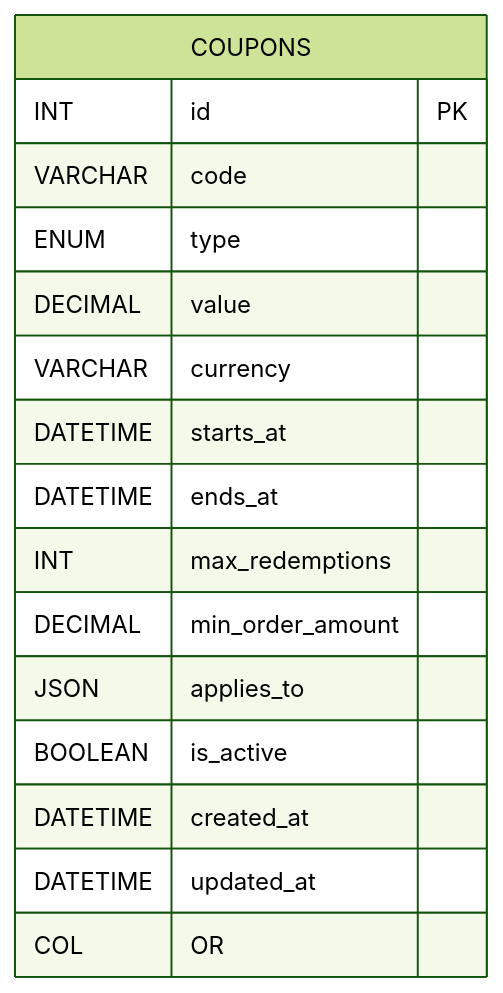
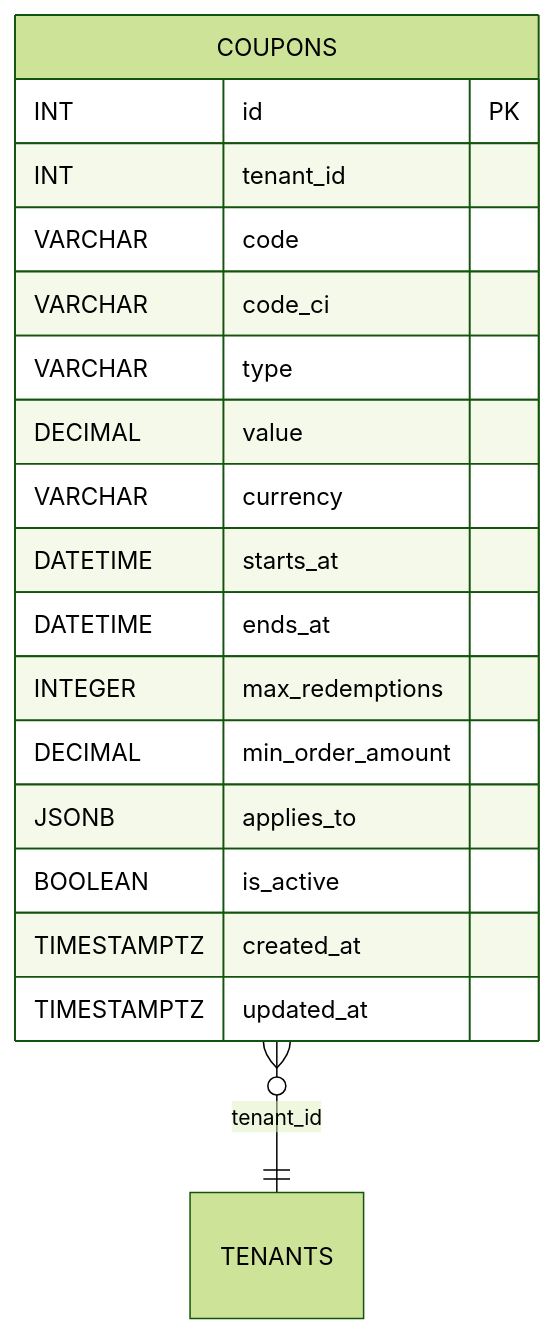
Before and after one commit to blackcatdatabase/table-coupons: the diagram in README.md, drawn with Mermaid (forest theme). The commit also changed other lines of this file and 26 other files, not shown here.

First line of the commit message:
Regen schema (#1)

````diff
--- a/README.md
+++ b/README.md
@@ -57,19 +64,21 @@
 ```mermaid
 erDiagram
   COUPONS {
     INT id PK
+    INT tenant_id
     VARCHAR code
-    ENUM type
+    VARCHAR code_ci
+    VARCHAR type
     DECIMAL value
     VARCHAR currency
     DATETIME starts_at
     DATETIME ends_at
-    INT max_redemptions
+    INTEGER max_redemptions
     DECIMAL min_order_amount
-    JSON applies_to
+    JSONB applies_to
     BOOLEAN is_active
-    DATETIME created_at
-    DATETIME updated_at
-    COL OR
+    TIMESTAMPTZ created_at
+    TIMESTAMPTZ updated_at
   }
+  COUPONS }o--|| TENANTS : "tenant_id"
 ```
````
